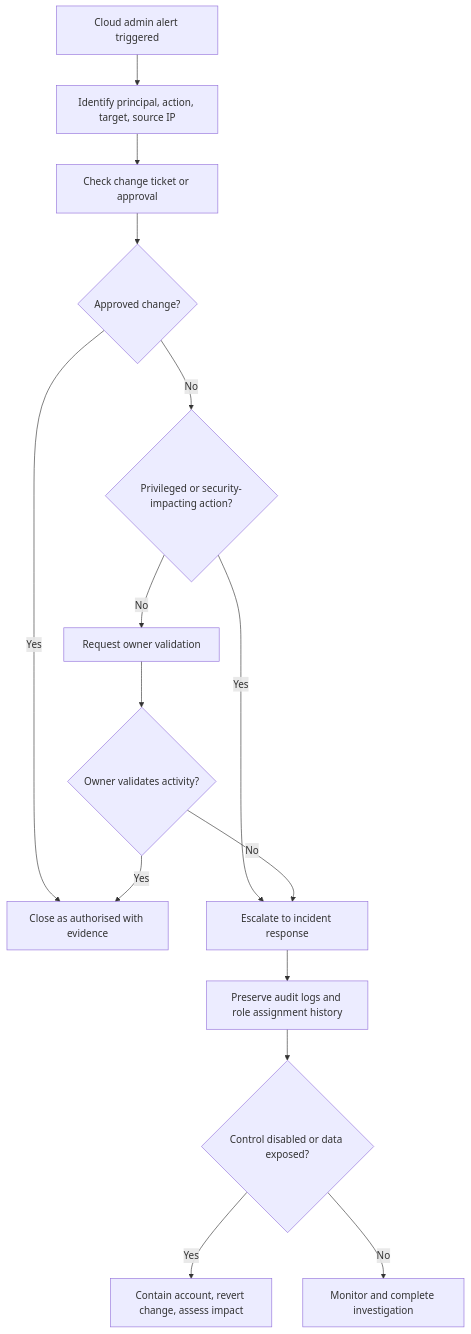
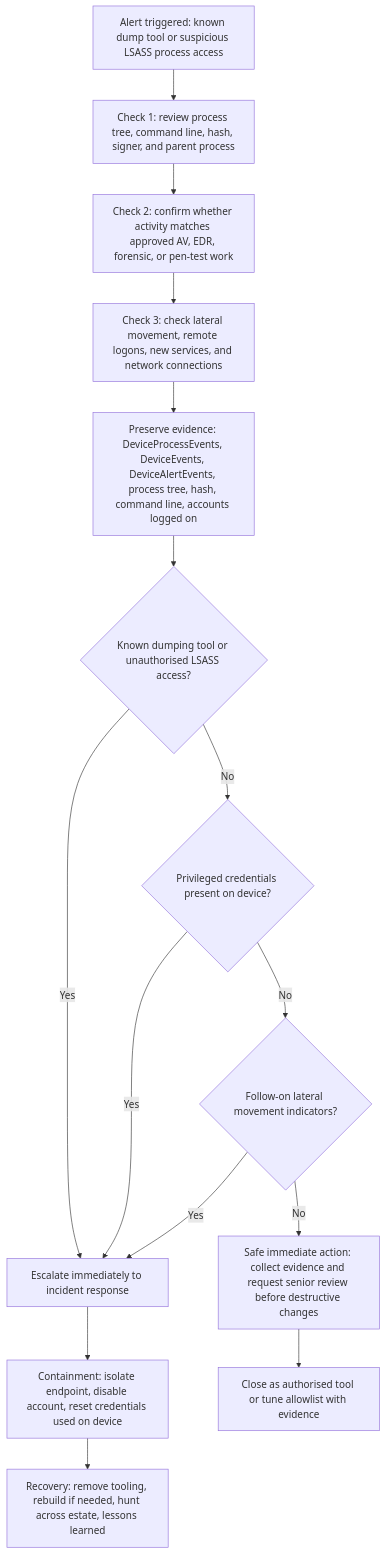
Before and after one commit to sharRahul/soc-usecases-and-playbooks: the fifth of 5 diagrams in docs/playbook-flowcharts.md, drawn with Mermaid. The commit also changed other lines of this file, not shown here.

Commit message:
Add use-case specific SOC playbook flowcharts

````diff
--- a/docs/playbook-flowcharts.md
+++ b/docs/playbook-flowcharts.md
@@ -95,17 +97,17 @@
 ```mermaid
 flowchart TD
-    A[Cloud admin alert triggered] --> B[Identify principal, action, target, source IP]
-    B --> C[Check change ticket or approval]
-    C --> D{Approved change?}
-    D -- Yes --> E[Close as authorised with evidence]
-    D -- No --> F{Privileged or security-impacting action?}
-    F -- Yes --> G[Escalate to incident response]
-    F -- No --> H[Request owner validation]
-    G --> I[Preserve audit logs and role assignment history]
-    I --> J{Control disabled or data exposed?}
-    J -- Yes --> K[Contain account, revert change, assess impact]
-    J -- No --> L[Monitor and complete investigation]
-    H --> M{Owner validates activity?}
-    M -- Yes --> E
-    M -- No --> G
+    A[Alert triggered: known dump tool or suspicious LSASS process access] --> B[Check 1: review process tree, command line, hash, signer, and parent process]
+    B --> C[Check 2: confirm whether activity matches approved AV, EDR, forensic, or pen-test work]
+    C --> D[Check 3: check lateral movement, remote logons, new services, and network connections]
+    D --> E[Preserve evidence: DeviceProcessEvents, DeviceEvents, DeviceAlertEvents, process tree, hash, command line, accounts logged on]
+    E --> F{Known dumping tool or unauthorised LSASS access?}
+    F -- Yes --> G[Escalate immediately to incident response]
+    F -- No --> H{Privileged credentials present on device?}
+    H -- Yes --> G
+    H -- No --> I{Follow-on lateral movement indicators?}
+    I -- Yes --> G
+    I -- No --> J[Safe immediate action: collect evidence and request senior review before destructive changes]
+    G --> K[Containment: isolate endpoint, disable account, reset credentials used on device]
+    J --> L[Close as authorised tool or tune allowlist with evidence]
+    K --> M[Recovery: remove tooling, rebuild if needed, hunt across estate, lessons learned]
 ```
````
